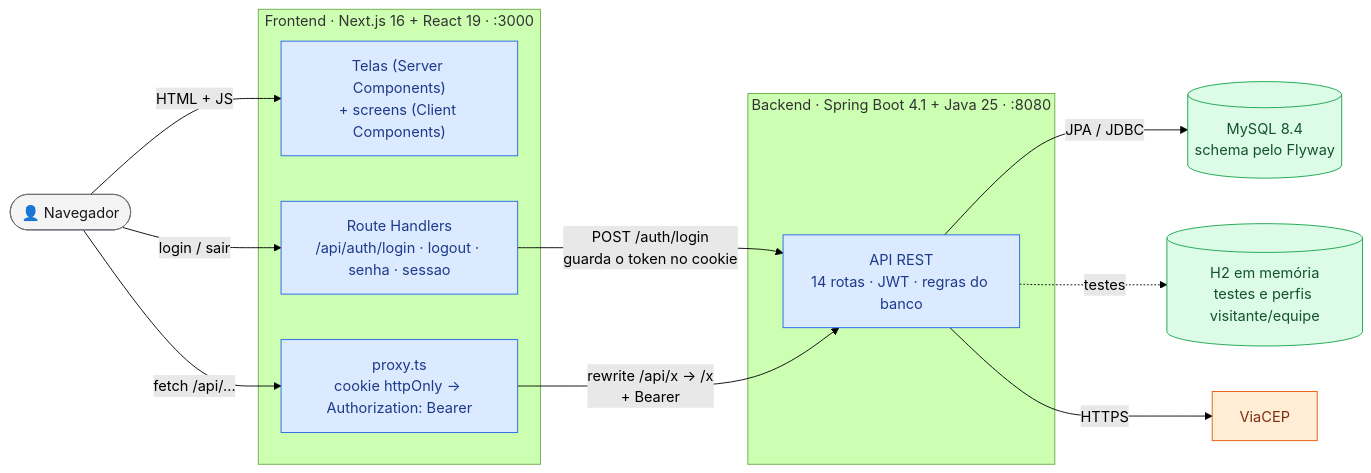
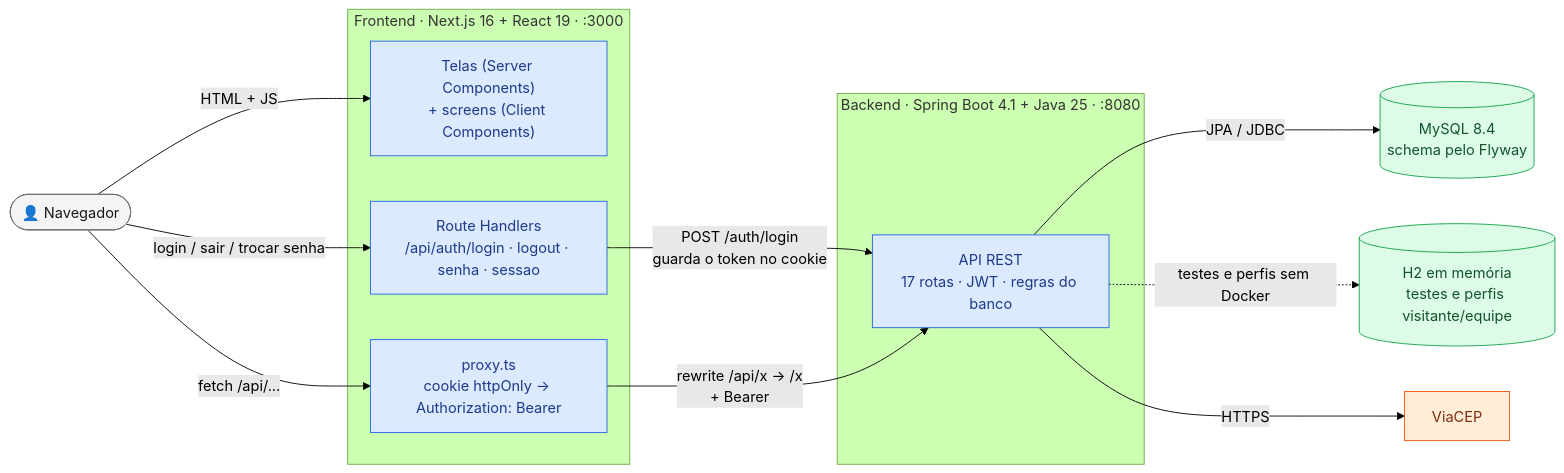
One commit to k3vinrich4rd/rkf_bank changed the fifth of 11 diagrams in FLUXOS.md. Above: the diagram before and after it, drawn with Mermaid (forest theme). The commit also changed other lines of this file and 19 other files, not shown here.

````diff
--- a/FLUXOS.md
+++ b/FLUXOS.md
@@ -124,32 +265,32 @@
 ```mermaid
 flowchart LR
     classDef pessoa fill:#f4f4f5,stroke:#71717a,color:#18181b
     classDef nosso fill:#dbeafe,stroke:#2563eb,color:#1e3a8a
     classDef dados fill:#dcfce7,stroke:#16a34a,color:#14532d
     classDef terceiro fill:#ffedd5,stroke:#ea580c,color:#7c2d12
 
     U(["👤 Navegador"]):::pessoa
 
     subgraph FE ["Frontend · Next.js 16 + React 19 · :3000"]
         PG["Telas (Server Components)<br/>+ screens (Client Components)"]:::nosso
         RH["Route Handlers<br/>/api/auth/login · logout · senha · sessao"]:::nosso
         PX["proxy.ts<br/>cookie httpOnly → Authorization: Bearer"]:::nosso
     end
 
     subgraph BE ["Backend · Spring Boot 4.1 + Java 25 · :8080"]
-        API["API REST<br/>14 rotas · JWT · regras do banco"]:::nosso
+        API["API REST<br/>17 rotas · JWT · regras do banco"]:::nosso
     end
 
     DB[("MySQL 8.4<br/>schema pelo Flyway")]:::dados
     H2[("H2 em memória<br/>testes e perfis visitante/equipe")]:::dados
     VC["ViaCEP"]:::terceiro
 
     U -->|"HTML + JS"| PG
     U -->|"fetch /api/..."| PX
-    U -->|"login / sair"| RH
+    U -->|"login / sair / trocar senha"| RH
     RH -->|"POST /auth/login<br/>guarda o token no cookie"| API
     PX -->|"rewrite /api/x → /x<br/>+ Bearer"| API
     API -->|"JPA / JDBC"| DB
-    API -.->|"testes"| H2
+    API -.->|"testes e perfis sem Docker"| H2
     API -->|"HTTPS"| VC
 ```
````
